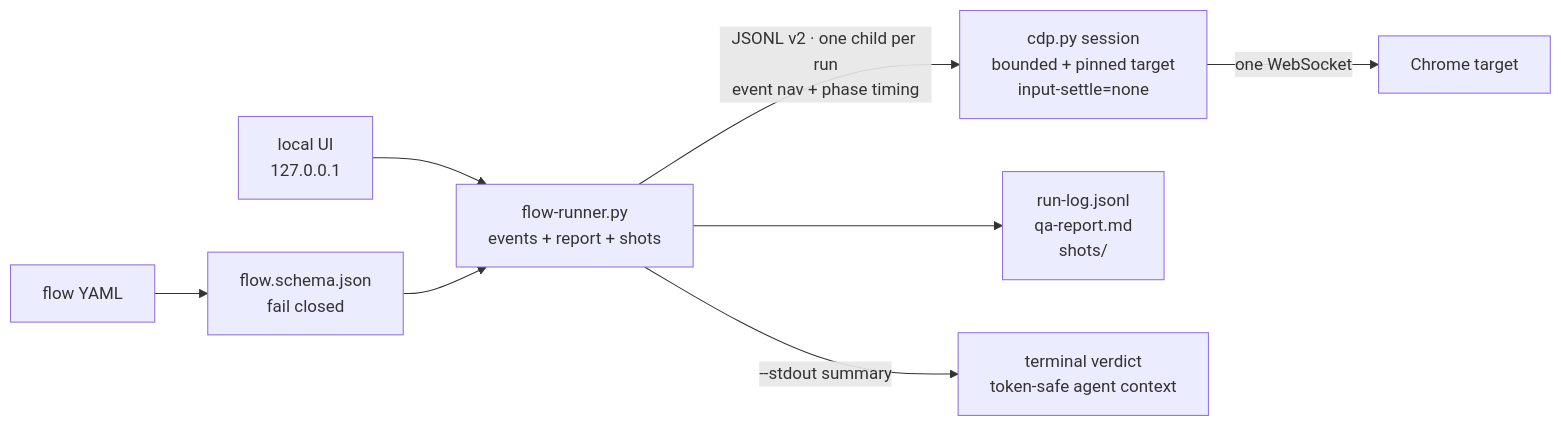
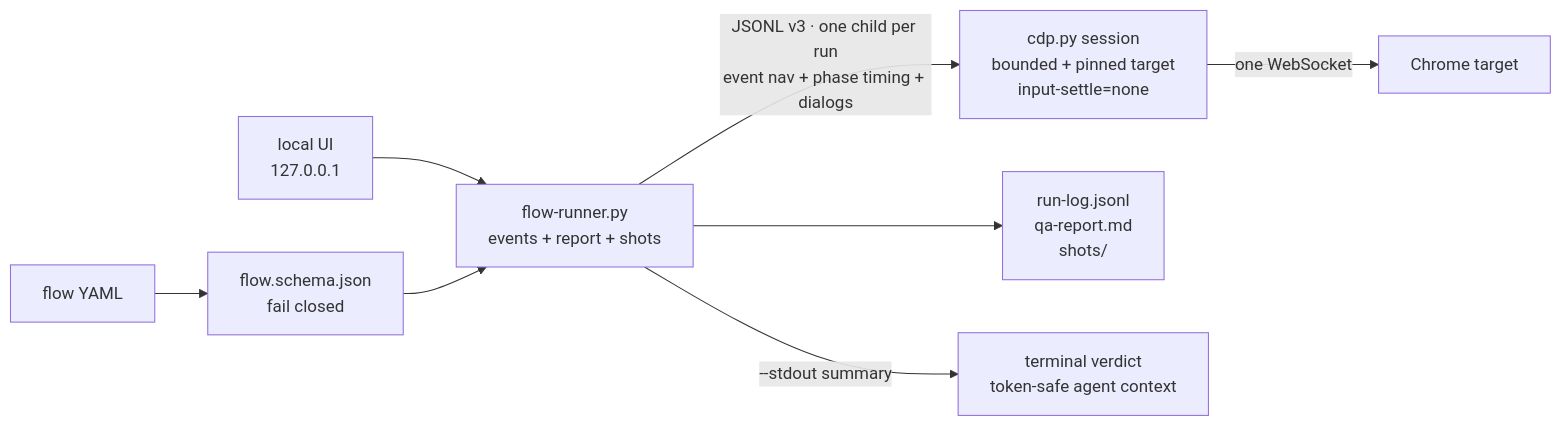
Before and after one commit to Teibto/teibto-browser-qa: the second of 6 diagrams in docs/ARCHITECTURE.md, drawn with Mermaid. The commit also changed 16 other files, not shown here.

````diff
--- a/docs/ARCHITECTURE.md
+++ b/docs/ARCHITECTURE.md
@@ -51,10 +51,10 @@
 ```mermaid
 flowchart LR
     yaml["flow YAML"] --> schema["flow.schema.json<br/>fail closed"]
     ui["local UI<br/>127.0.0.1"] --> runner
     schema --> runner["flow-runner.py<br/>events + report + shots"]
-    runner -->|"JSONL v2 · one child per run<br/>event nav + phase timing"| session["cdp.py session<br/>bounded + pinned target<br/>input-settle=none"]
+    runner -->|"JSONL v3 · one child per run<br/>event nav + phase timing + dialogs"| session["cdp.py session<br/>bounded + pinned target<br/>input-settle=none"]
     session -->|"one WebSocket"| chrome["Chrome target"]
     runner --> artifacts["run-log.jsonl<br/>qa-report.md<br/>shots/"]
     runner -->|"--stdout summary"| terminal["terminal verdict<br/>token-safe agent context"]
 ```
````
